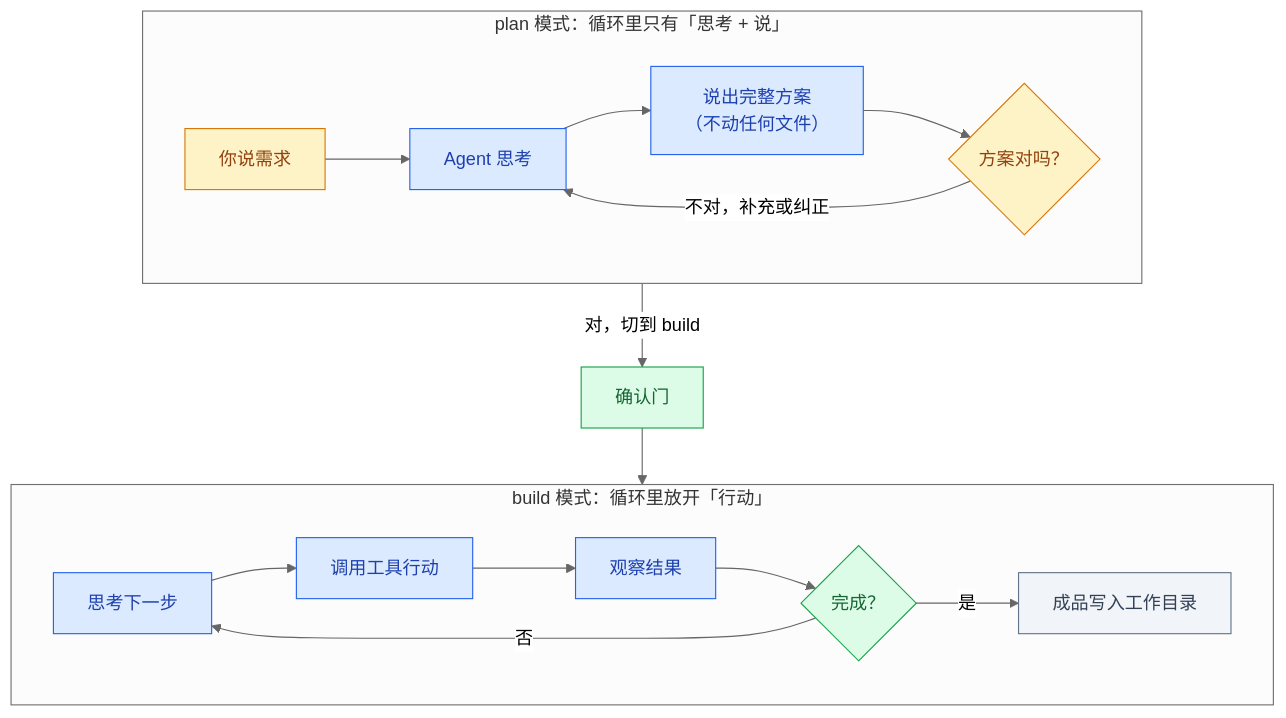
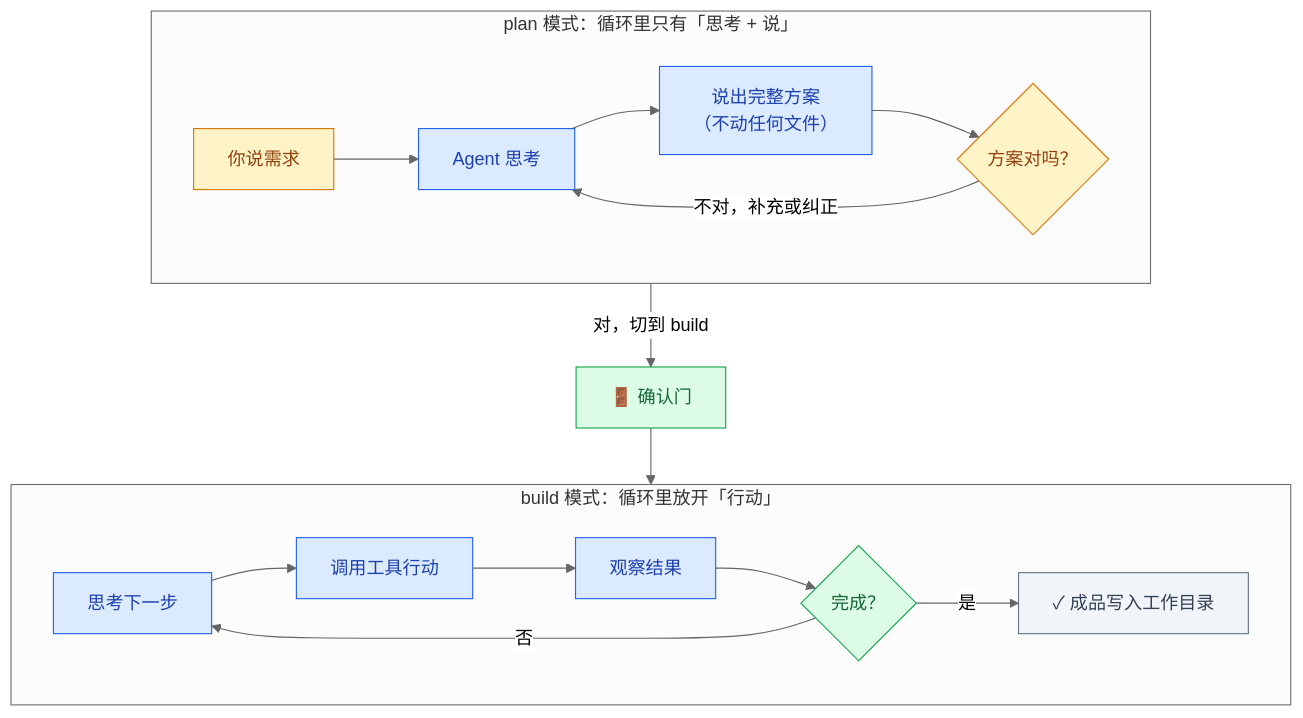
The fifth of 10 diagrams in ppt/ppt1-intro/opencode-getting-started.md (masonsxu/notes), drawn with Mermaid (neutral theme) before and after one commit. The commit also changed other lines of this file and 1 other file, not shown here.

First line of the commit message:
refactor: 依 design-doc-mermaid 标准重检全部图表（17→22 张）

````diff
--- a/ppt/ppt1-intro/opencode-getting-started.md
+++ b/ppt/ppt1-intro/opencode-getting-started.md
@@ -183,25 +210,25 @@
 ```mermaid
 flowchart TB
     classDef human fill:#FEF3C7,stroke:#D97706,color:#92400E
     classDef agent fill:#DBEAFE,stroke:#2563EB,color:#1E40AF
     classDef artifact fill:#F1F5F9,stroke:#64748B,color:#334155
     classDef gate fill:#DCFCE7,stroke:#16A34A,color:#166534
 
     subgraph P["plan 模式：循环里只有「思考 + 说」"]
         direction LR
         P1["你说需求"]:::human --> P2["Agent 思考"]:::agent
         P2 --> P3["说出完整方案<br/>（不动任何文件）"]:::agent
         P3 --> P4{"方案对吗？"}:::human
         P4 -->|不对，补充或纠正| P2
     end
-    P4 -->|对，切到 build| GATE["确认门"]:::gate
+    P4 -->|对，切到 build| GATE["🚪 确认门"]:::gate
     subgraph B["build 模式：循环里放开「行动」"]
         direction LR
         B1["思考下一步"]:::agent --> B2["调用工具行动"]:::agent
         B2 --> B3["观察结果"]:::agent
         B3 --> B4{"完成？"}:::gate
         B4 -->|否| B1
-        B4 -->|是| B5["成品写入工作目录"]:::artifact
+        B4 -->|是| B5["✓ 成品写入工作目录"]:::artifact
     end
     GATE --> B1
 ```
````
